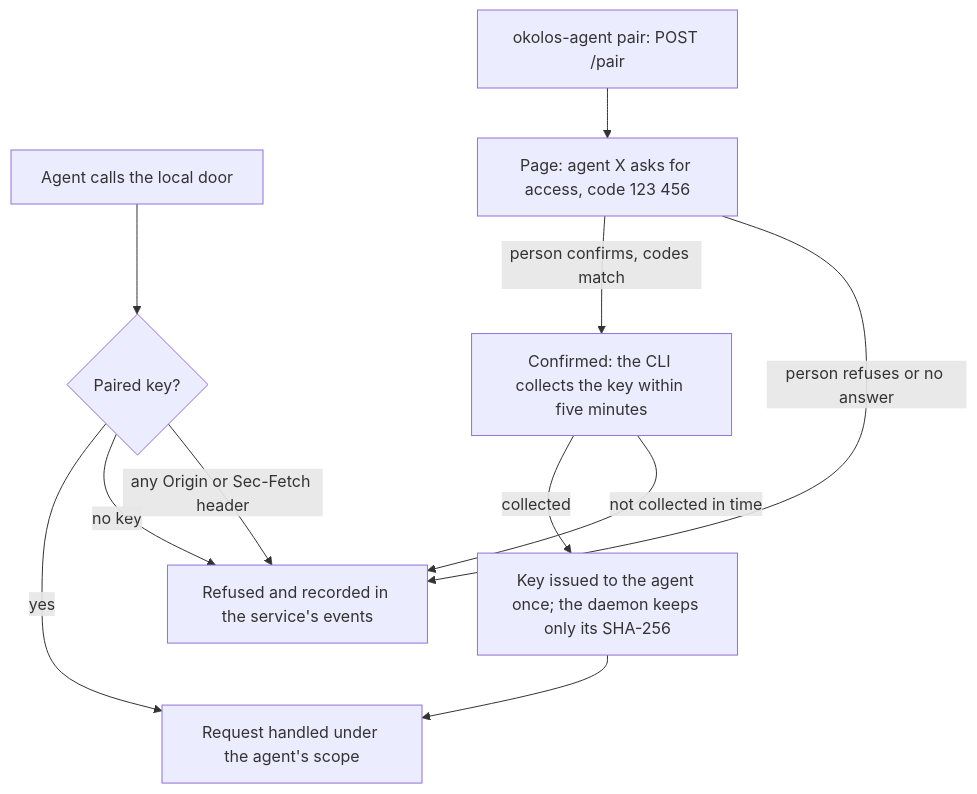
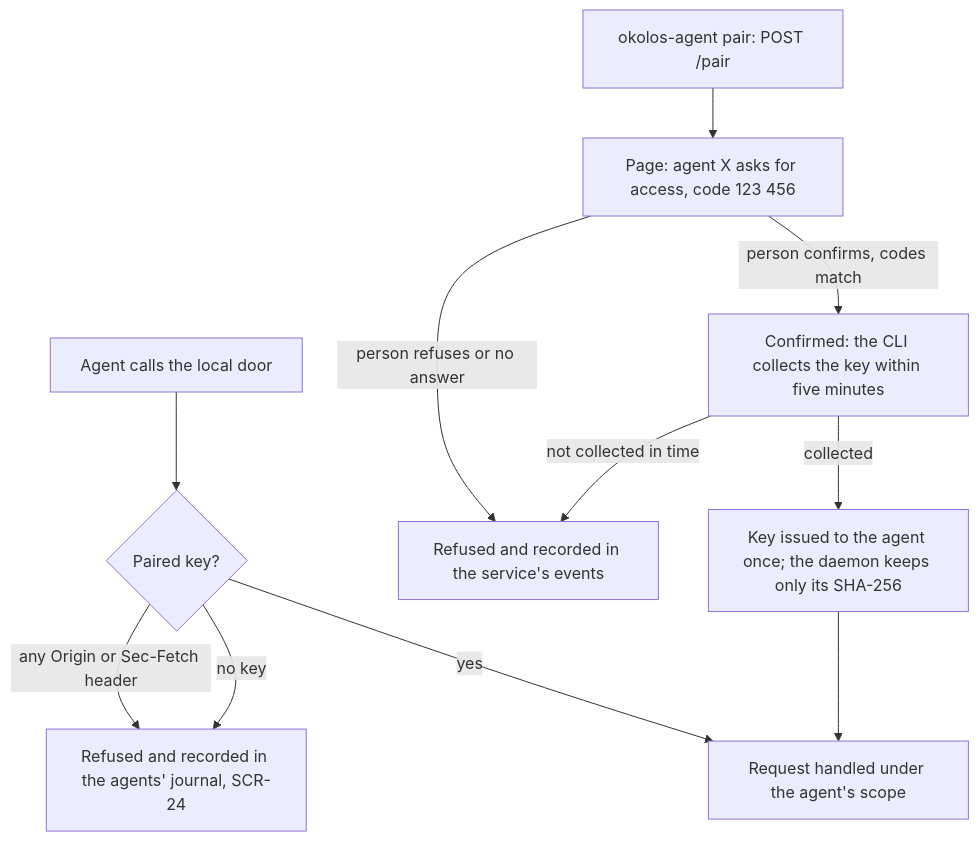
Before and after one commit to passioncode-ai/okolos: diagram 21 of 23 in docs/ux/flows.md, drawn with Mermaid. The commit also changed other lines of this file and 21 other files, not shown here.

````diff
--- a/docs/ux/flows.md
+++ b/docs/ux/flows.md
@@ -707,14 +707,14 @@
 ```mermaid
 flowchart TD
   A[Agent calls the local door] --> K{Paired key?}
   PR[okolos-agent pair: POST /pair] --> P
   K -->|yes| OK[Request handled under the agent's scope]
-  K -->|no key| N
+  K -->|no key| N[Refused and recorded in the agents' journal, SCR-24]
   P[Page: agent X asks for access, code 123 456]
   P -->|person confirms, codes match| C[Confirmed: the CLI collects the key within five minutes]
   C -->|collected| R[Key issued to the agent once; the daemon keeps only its SHA-256]
-  C -->|not collected in time| N
-  P -->|person refuses or no answer| N[Refused and recorded in the service's events]
+  C -->|not collected in time| NE
+  P -->|person refuses or no answer| NE[Refused and recorded in the service's events]
   R --> OK
   K -->|any Origin or Sec-Fetch header| N
 ```
````
